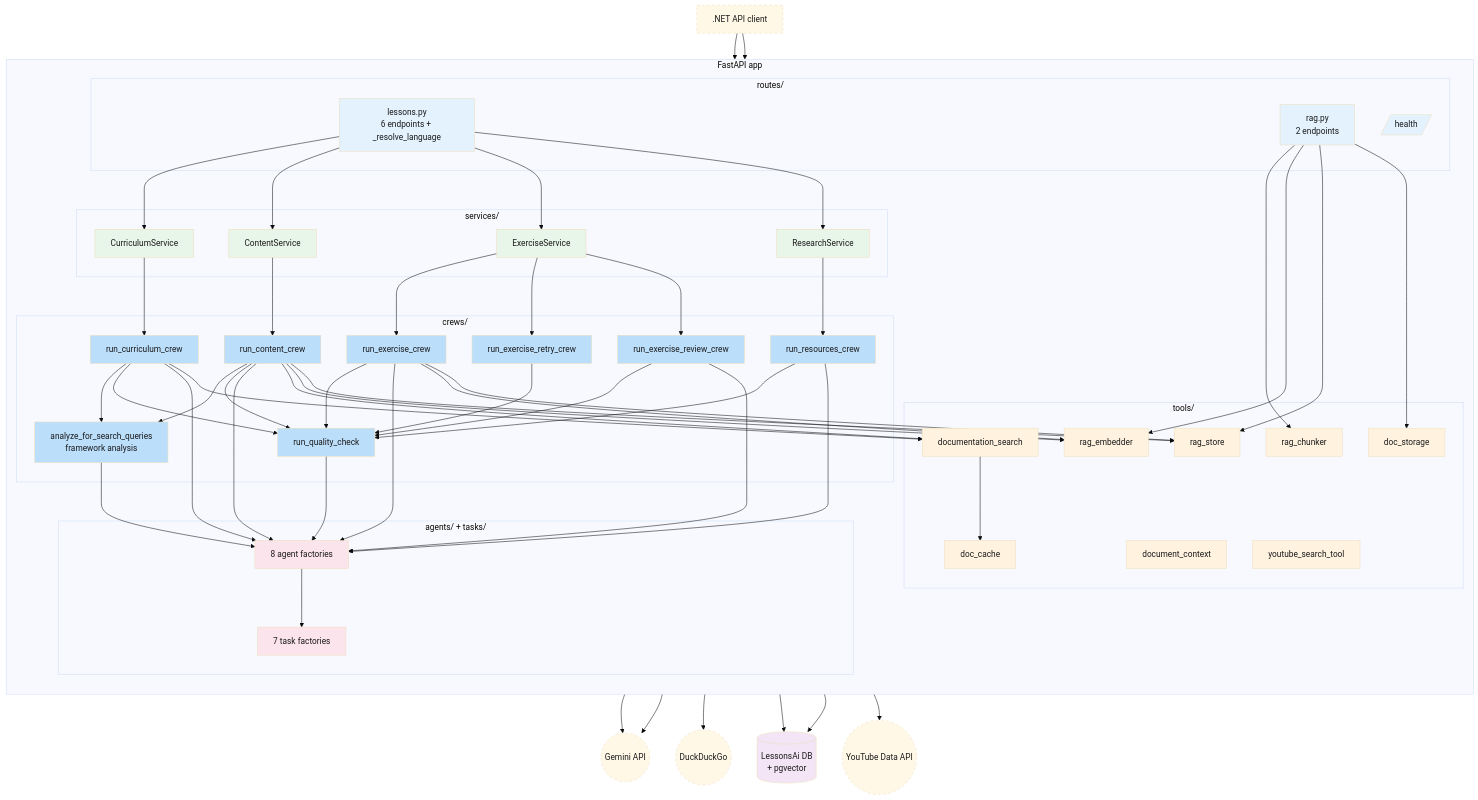
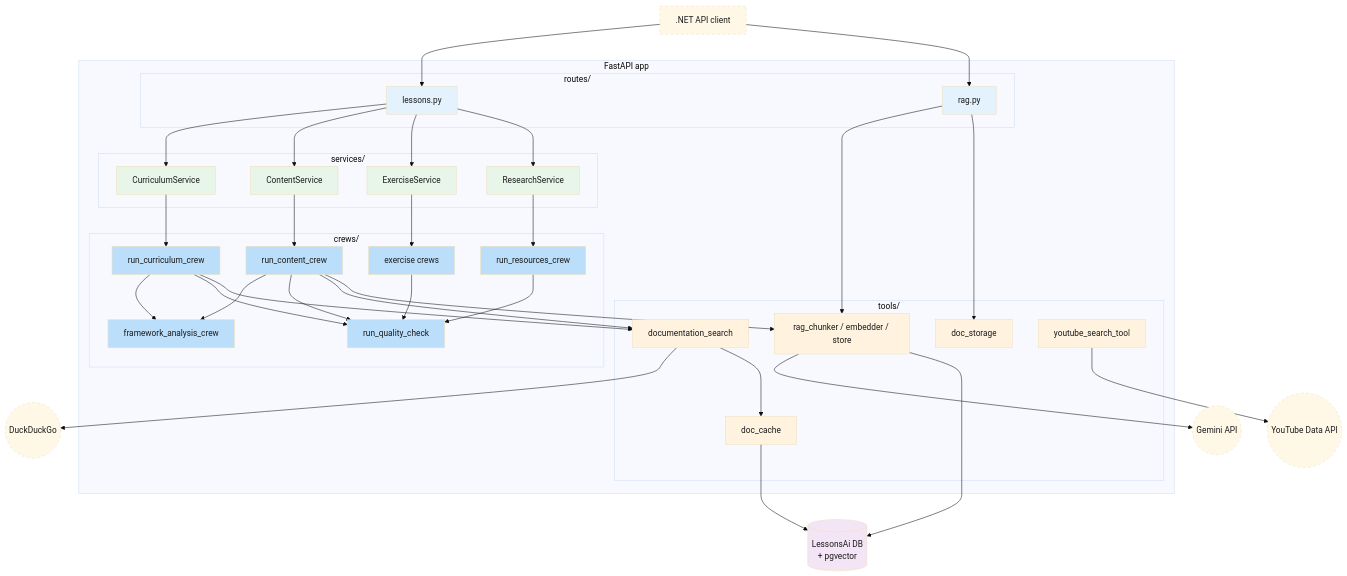
One commit to Dockdep/LessonHub changed the diagram in diagrams/ai/01-architecture.md. Above: the diagram before and after it, drawn with Mermaid (base theme). The commit also changed other lines of this file and 36 other files, not shown here.

````diff
--- a/diagrams/ai/01-architecture.md
+++ b/diagrams/ai/01-architecture.md
@@ -12,19 +12,15 @@
   classDef route fill:#e3f2fd,color:#1a1a1a
   classDef svc fill:#e8f5e9,color:#1a1a1a
   classDef crew fill:#bbdefb,color:#1a1a1a
-  classDef agent fill:#fce4ec,color:#1a1a1a
   classDef tool fill:#fff3e0,color:#1a1a1a
   classDef data fill:#f3e5f5,color:#1a1a1a
 
   client[.NET API client]:::ext
 
   subgraph fastapi[FastAPI app]
-    direction TB
-
     subgraph routes[routes/]
-      lessons_r[lessons.py<br/>6 endpoints + _resolve_language]:::route
-      rag_r[rag.py<br/>2 endpoints]:::route
-      health[/health/]:::route
+      lessons_r[lessons.py]:::route
+      rag_r[rag.py]:::route
     end
 
     subgraph services[services/]
@@ -37,27 +33,17 @@
     subgraph crews[crews/]
       cur_c[run_curriculum_crew]:::crew
       con_c[run_content_crew]:::crew
-      ex_c[run_exercise_crew]:::crew
-      ex_r[run_exercise_retry_crew]:::crew
-      rev_c[run_exercise_review_crew]:::crew
+      ex_c[exercise crews]:::crew
       res_c[run_resources_crew]:::crew
       qc[run_quality_check]:::crew
-      fa["analyze_for_search_queries<br/>framework analysis"]:::crew
-    end
-
-    subgraph aa[agents/ + tasks/]
-      ag[8 agent factories]:::agent
-      tk[7 task factories]:::agent
+      fa[framework_analysis_crew]:::crew
     end
 
     subgraph tools_layer[tools/]
       dsearch[documentation_search]:::tool
-      rag_chunker[rag_chunker]:::tool
-      rag_emb[rag_embedder]:::tool
-      rag_store_t[rag_store]:::tool
+      rag_pipe[rag_chunker / embedder / store]:::tool
       doc_cache_t[doc_cache]:::tool
       doc_storage_t[doc_storage]:::tool
-      doc_ctx[document_context]:::tool
       yt[youtube_search_tool]:::tool
     end
   end
@@ -69,54 +55,29 @@
 
   client --> lessons_r
   client --> rag_r
-
   lessons_r --> cur
   lessons_r --> con
   lessons_r --> ex
   lessons_r --> res
-
   cur --> cur_c
   con --> con_c
   ex --> ex_c
-  ex --> ex_r
-  ex --> rev_c
   res --> res_c
-
   cur_c --> fa
   con_c --> fa
   cur_c --> qc
   con_c --> qc
   ex_c --> qc
-  ex_r --> qc
-  rev_c --> qc
   res_c --> qc
-
-  cur_c --> ag
-  con_c --> ag
-  ex_c --> ag
-  rev_c --> ag
-  res_c --> ag
-  fa --> ag
-  qc --> ag
-
-  ag --> tk
   cur_c --> dsearch
   con_c --> dsearch
-  con_c --> rag_emb
-  con_c --> rag_store_t
-  ex_c --> rag_emb
-  ex_c --> rag_store_t
-
-  rag_r --> rag_chunker
-  rag_r --> rag_emb
-  rag_r --> rag_store_t
+  con_c --> rag_pipe
+  rag_r --> rag_pipe
   rag_r --> doc_storage_t
-
-  rag_emb --> gemini
-  ag --> gemini
   dsearch --> ddg
   dsearch --> doc_cache_t
-  rag_store_t --> pg
+  rag_pipe --> gemini
+  rag_pipe --> pg
   doc_cache_t --> pg
   yt --> yta
 ```
````
